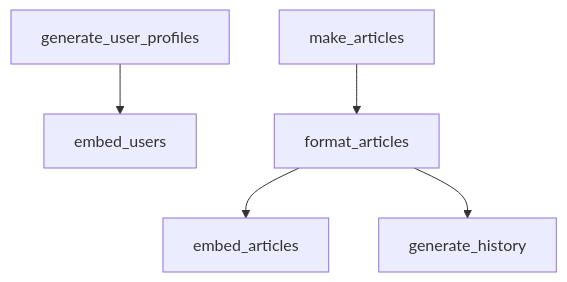
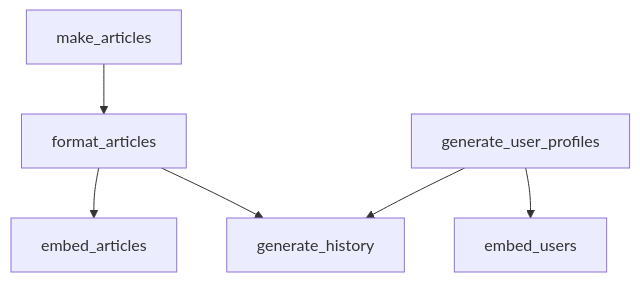
The diagram in PIPELINE.md (u-masao/hybrid-search-demo), drawn with Mermaid before and after one commit.

Commit message:
dvc pipeline updated

````diff
--- a/PIPELINE.md
+++ b/PIPELINE.md
@@ -1,13 +1,14 @@
 ```mermaid
 flowchart TD
-	node1["embed_users"]
-	node2["generate_user_profiles"]
-	node2-->node1
-	node3["embed_articles"]
-	node4["format_articles"]
-	node5["generate_history"]
+	node1["embed_articles"]
+	node2["embed_users"]
+	node3["format_articles"]
+	node4["generate_history"]
+	node5["generate_user_profiles"]
 	node6["make_articles"]
-	node4-->node3
-	node4-->node5
-	node6-->node4
+	node3-->node1
+	node3-->node4
+	node5-->node2
+	node5-->node4
+	node6-->node3
 ```
````
